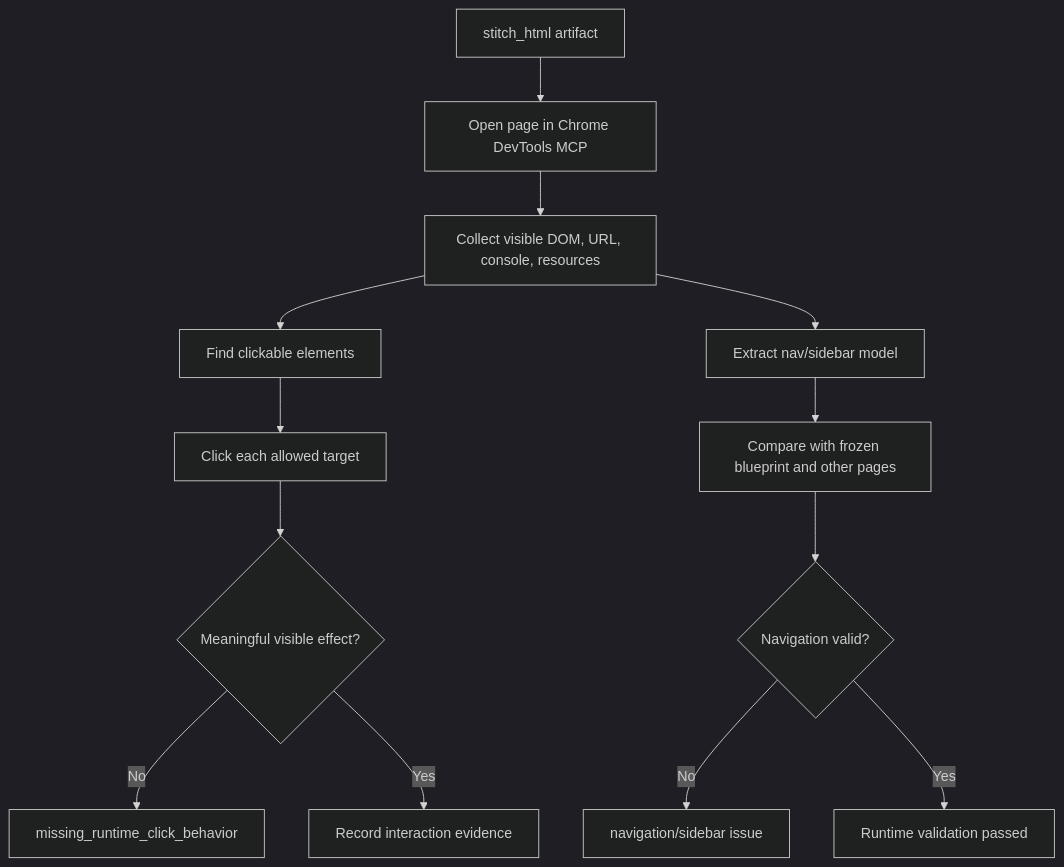
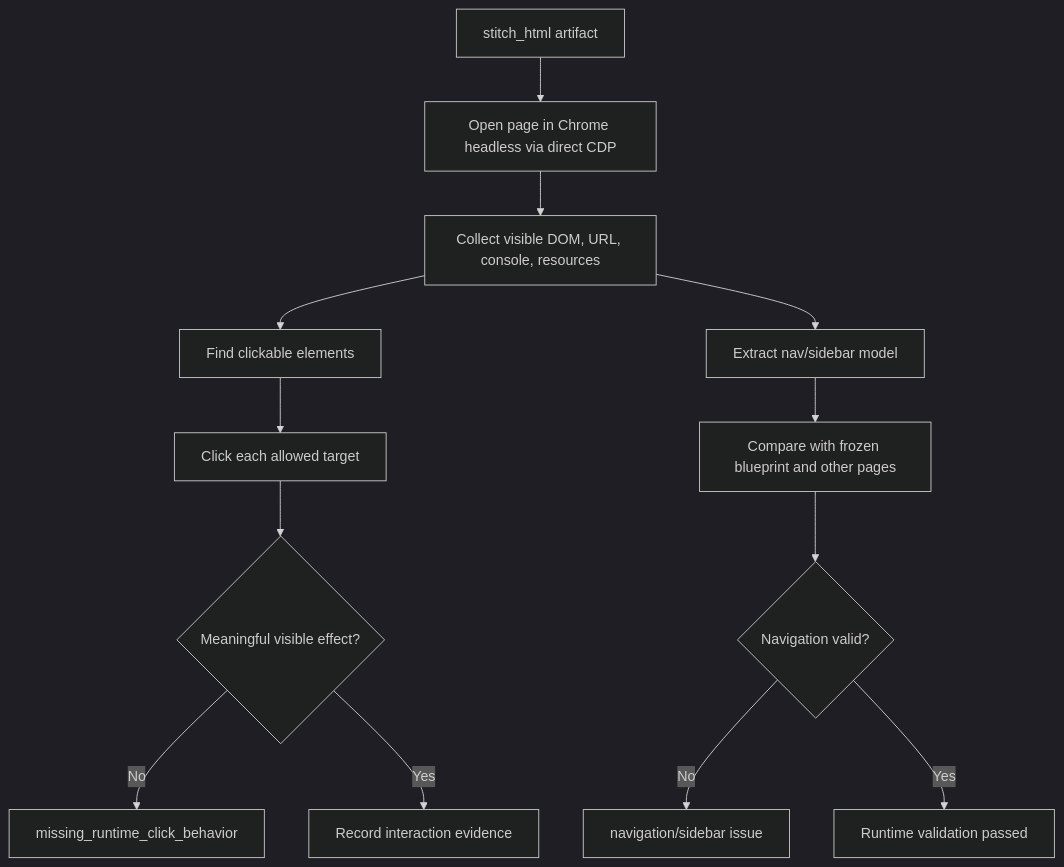
One commit to CharlieHasAHeart/stitch2react changed the second of 3 diagrams in docs/current-pipeline-mermaid.md. Above: the diagram before and after it, drawn with Mermaid (dark theme). The commit also changed other lines of this file and 41 other files, not shown here.

````diff
--- a/docs/current-pipeline-mermaid.md
+++ b/docs/current-pipeline-mermaid.md
@@ -39,15 +36,15 @@
 ```mermaid
 flowchart TD
-  A["stitch_html artifact"] --> B["Open page in Chrome DevTools MCP"]
+  A["stitch_html artifact"] --> B["Open page in Chrome headless via direct CDP"]
   B --> C["Collect visible DOM, URL, console, resources"]
   C --> D["Find clickable elements"]
   D --> E["Click each allowed target"]
   E --> F{"Meaningful visible effect?"}
   F -->|No| G["missing_runtime_click_behavior"]
   F -->|Yes| H["Record interaction evidence"]
   C --> I["Extract nav/sidebar model"]
   I --> J["Compare with frozen blueprint and other pages"]
   J --> K{"Navigation valid?"}
   K -->|No| L["navigation/sidebar issue"]
   K -->|Yes| M["Runtime validation passed"]
 ```
````
